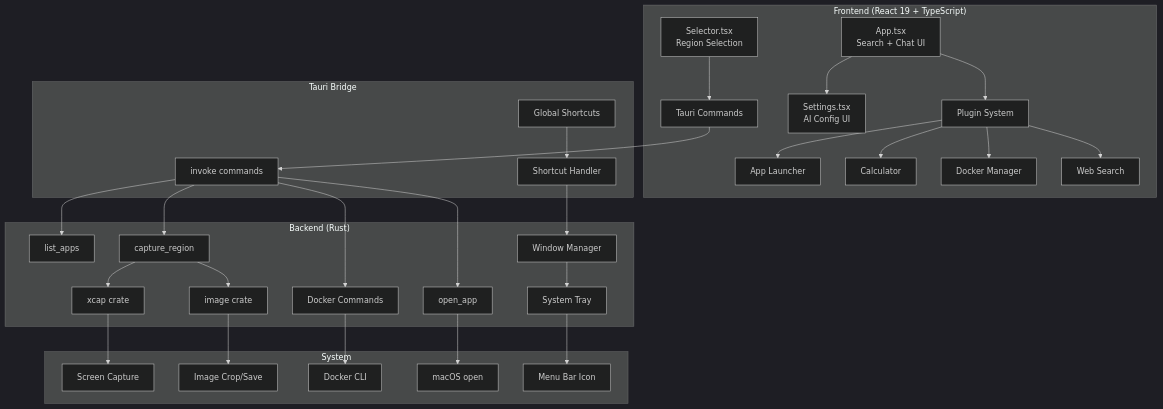
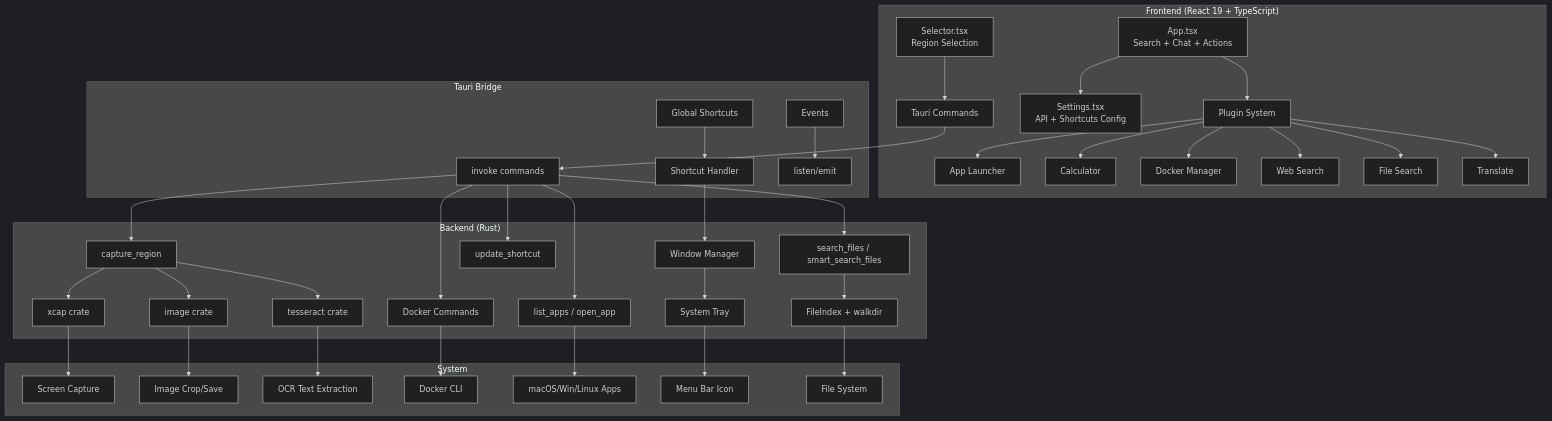
The first of 2 diagrams in arch/README.md (RickyDane/gquick), drawn with Mermaid (dark theme) before and after one commit. The commit also changed other lines of this file and 39 other files, not shown here.

````diff
--- a/arch/README.md
+++ b/arch/README.md
@@ -7,36 +7,44 @@
 ```mermaid
 graph TB
     subgraph "Frontend (React 19 + TypeScript)"
-        A[App.tsx<br/>Search + Chat UI] --> B[Plugin System]
-        A --> C[Settings.tsx<br/>AI Config UI]
+        A[App.tsx<br/>Search + Chat + Actions] --> B[Plugin System]
+        A --> C[Settings.tsx<br/>API + Shortcuts Config]
         D[Selector.tsx<br/>Region Selection] --> E[Tauri Commands]
         B --> F[App Launcher]
         B --> G[Calculator]
         B --> H[Docker Manager]
         B --> I[Web Search]
+        B --> J[File Search]
+        B --> K[Translate]
     end
 
     subgraph "Tauri Bridge"
-        E --> J[invoke commands]
-        K[Global Shortcuts] --> L[Shortcut Handler]
+        E --> L[invoke commands]
+        M[Global Shortcuts] --> N[Shortcut Handler]
+        O[Events] --> P[listen/emit]
     end
 
     subgraph "Backend (Rust)"
-        J --> M[list_apps]
-        J --> N[capture_region]
-        J --> O[Docker Commands]
-        J --> P[open_app]
-        L --> Q[Window Manager]
-        Q --> R[System Tray]
-        N --> S[xcap crate]
-        N --> T[image crate]
+        L --> Q[list_apps / open_app]
+        L --> R[capture_region]
+        L --> S[search_files / smart_search_files]
+        L --> T[Docker Commands]
+        L --> U[update_shortcut]
+        N --> V[Window Manager]
+        V --> W[System Tray]
+        R --> X[xcap crate]
+        R --> Y[image crate]
+        R --> Z[tesseract crate]
+        S --> AA[FileIndex + walkdir]
     end
 
     subgraph "System"
-        S --> U[Screen Capture]
-        T --> V[Image Crop/Save]
-        O --> W[Docker CLI]
-        P --> X[macOS open]
-        R --> Y[Menu Bar Icon]
+        X --> AB[Screen Capture]
+        Y --> AC[Image Crop/Save]
+        Z --> AD[OCR Text Extraction]
+        T --> AE[Docker CLI]
+        Q --> AF[macOS/Win/Linux Apps]
+        W --> AG[Menu Bar Icon]
+        AA --> AH[File System]
     end
 ```
````
